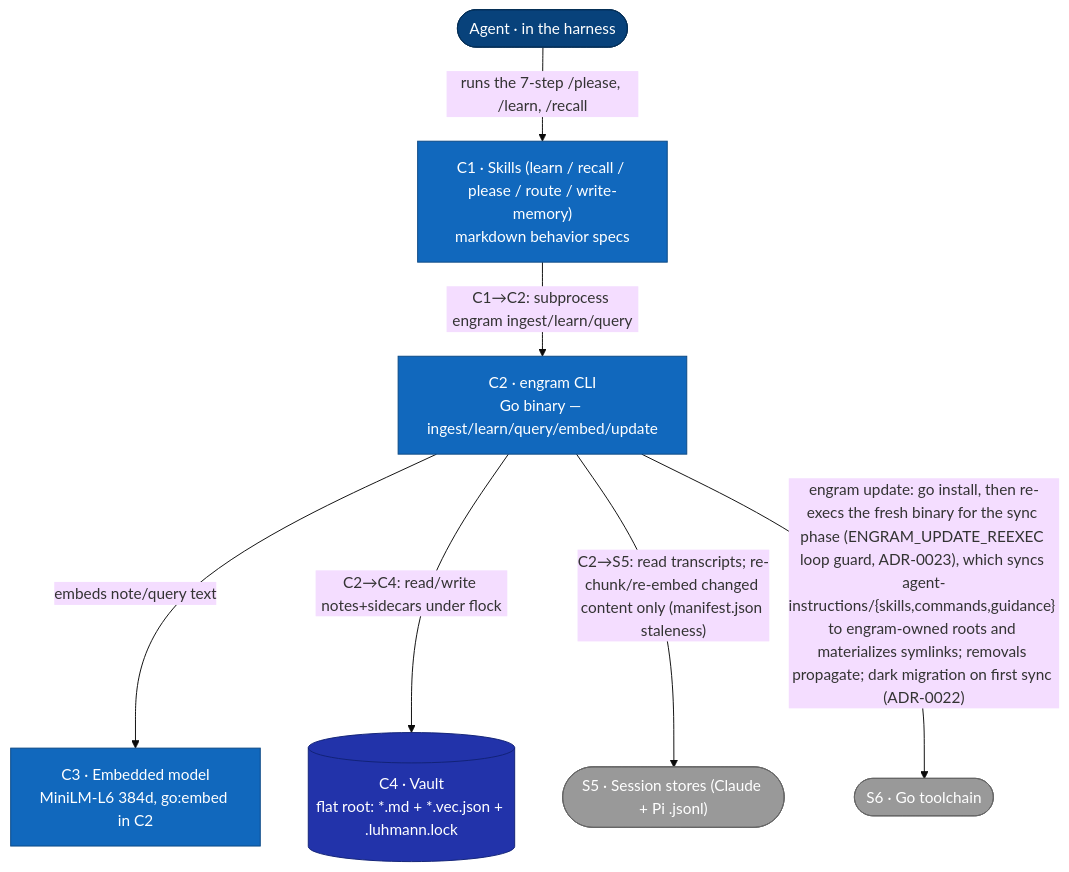
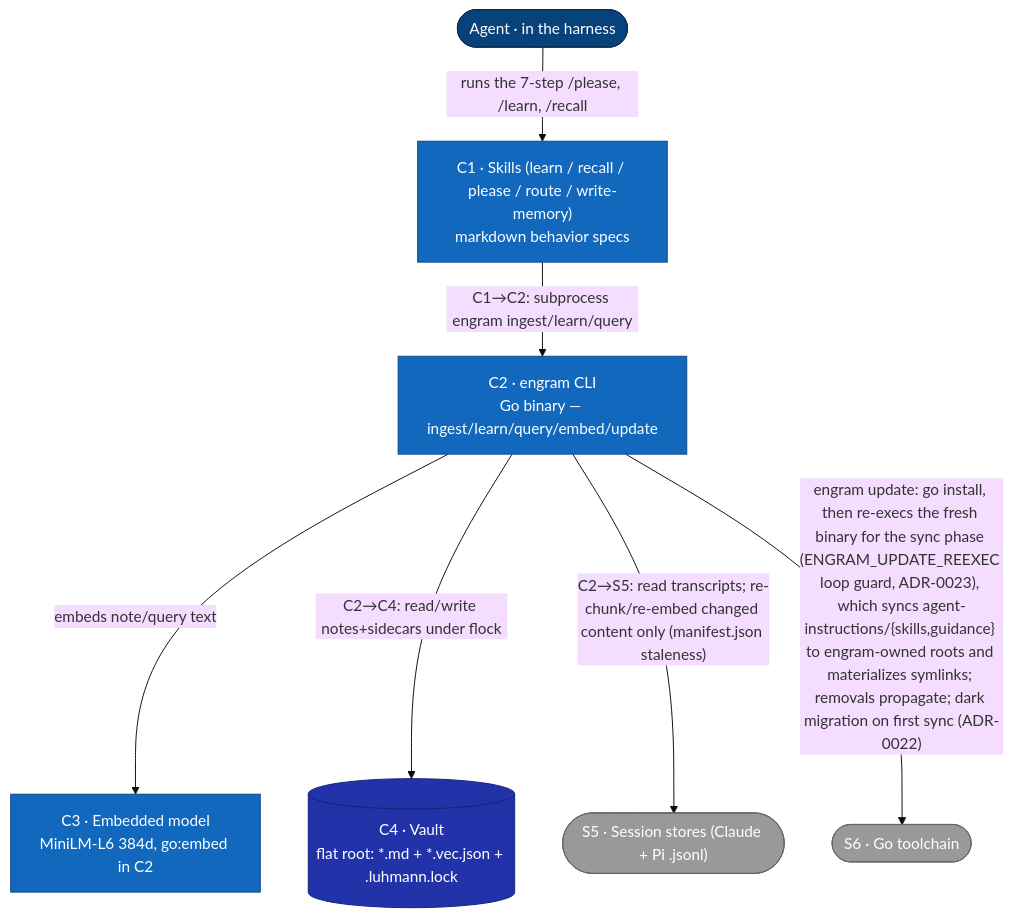
One commit to toejough/engram changed the first of 8 diagrams in docs/architecture/c2-containers.md. Above: the diagram before and after it, drawn with Mermaid (base theme). The commit also changed other lines of this file and 29 other files, not shown here.

````diff
--- a/docs/architecture/c2-containers.md
+++ b/docs/architecture/c2-containers.md
@@ -10,27 +10,27 @@
 ```mermaid
 flowchart TB
     classDef person    fill:#08427b,stroke:#052e56,color:#fff
     classDef external  fill:#999,   stroke:#666,   color:#fff
     classDef container fill:#1168bd,stroke:#0b4884,color:#fff
     classDef store     fill:#23a,   stroke:#127,   color:#fff
 
     agent([Agent · in the harness])
     skills["C1 · Skills (learn / recall / please / route / write-memory)<br/>markdown behavior specs"]
     cli["C2 · engram CLI<br/>Go binary — ingest/learn/query/embed/update"]
     model["C3 · Embedded model<br/>MiniLM-L6 384d, go:embed in C2"]
     vault[("C4 · Vault<br/>flat root: *.md + *.vec.json + .luhmann.lock")]
     sessions(["S5 · Session stores (Claude + Pi .jsonl)"])
     gotool(["S6 · Go toolchain"])
 
     agent -->|"runs the 7-step /please, /learn, /recall"| skills
     skills -->|"C1→C2: subprocess engram ingest/learn/query"| cli
     cli -->|"embeds note/query text"| model
     cli -->|"C2→C4: read/write notes+sidecars under flock"| vault
     cli -->|"C2→S5: read transcripts; re-chunk/re-embed changed content only (manifest.json staleness)"| sessions
-    cli -->|"engram update: go install, then re-execs the fresh binary for the sync phase (ENGRAM_UPDATE_REEXEC loop guard, ADR-0023), which syncs agent-instructions/{skills,commands,guidance} to engram-owned roots and materializes symlinks; removals propagate; dark migration on first sync (ADR-0022)"| gotool
+    cli -->|"engram update: go install, then re-execs the fresh binary for the sync phase (ENGRAM_UPDATE_REEXEC loop guard, ADR-0023), which syncs agent-instructions/{skills,guidance} to engram-owned roots and materializes symlinks; removals propagate; dark migration on first sync (ADR-0022)"| gotool
 
     class agent person
     class skills,cli,model container
     class vault store
     class sessions,gotool external
 ```
````
